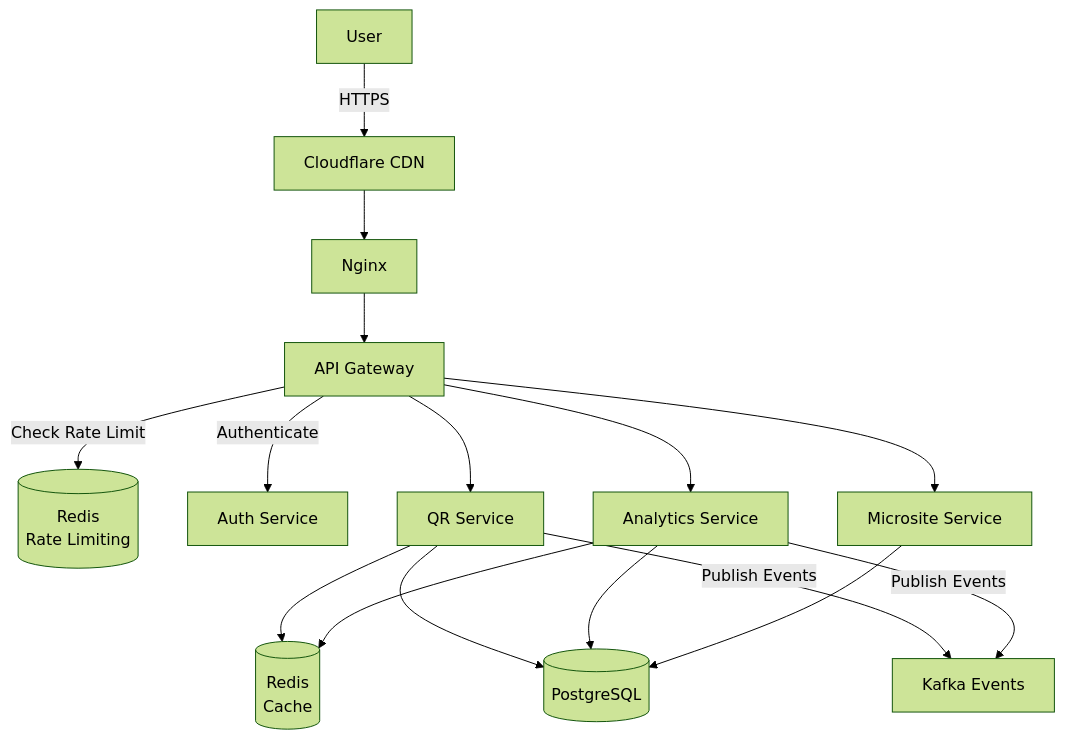
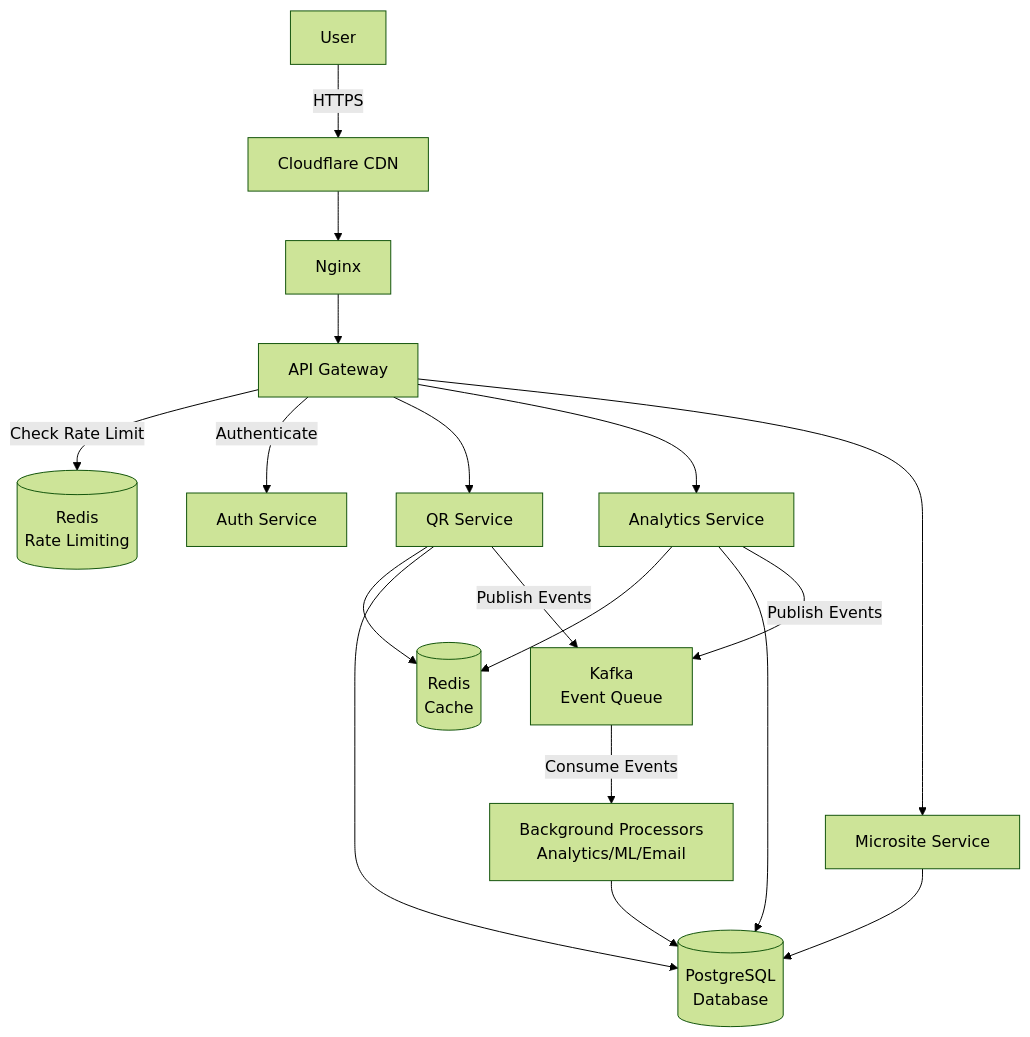
The first of 3 diagrams in README.md (Scanly-io/qr-backend), drawn with Mermaid (forest theme) before and after one commit. The commit also changed other lines of this file, not shown here.

Commit message:
Improve diagram clarity with separated components
- Split Kafka into 'Event Queue' and 'Background Processors'
- Shows clear publish vs consume pattern (no criss-cross)
- Added 'PostgreSQL Database' label for clarity
- Background Processors explicitly labeled (Analytics/ML/Email)
- Updated explanation to cover all 7 flow steps
- Emphasized separation of concerns (Rate Limit Redis vs Cache Redis)
- Clearer async processing pattern

````diff
--- a/README.md
+++ b/README.md
@@ -222,37 +222,41 @@
 ```mermaid
 flowchart TB
     User[User]
     CDN[Cloudflare CDN]
     Nginx[Nginx]
     Gateway[API Gateway]
     RateLimitRedis[(Redis<br/>Rate Limiting)]
     Auth[Auth Service]
     QR[QR Service]
     Analytics[Analytics Service]
     Microsite[Microsite Service]
     CacheRedis[(Redis<br/>Cache)]
-    Postgres[(PostgreSQL)]
-    Kafka[Kafka Events]
+    Postgres[(PostgreSQL<br/>Database)]
+    KafkaQueue[Kafka<br/>Event Queue]
+    EventConsumers[Background Processors<br/>Analytics/ML/Email]
     
     User -->|HTTPS| CDN
     CDN --> Nginx
     Nginx --> Gateway
     
     Gateway -->|Check Rate Limit| RateLimitRedis
     Gateway -->|Authenticate| Auth
     
     Gateway --> QR
     Gateway --> Analytics
     Gateway --> Microsite
     
     QR --> CacheRedis
     QR --> Postgres
     
     Analytics --> CacheRedis
     Analytics --> Postgres
     
     Microsite --> Postgres
     
-    QR -->|Publish Events| Kafka
-    Analytics -->|Publish Events| Kafka
+    QR -->|Publish Events| KafkaQueue
+    Analytics -->|Publish Events| KafkaQueue
+    
+    KafkaQueue -->|Consume Events| EventConsumers
+    EventConsumers --> Postgres
 ```
````
